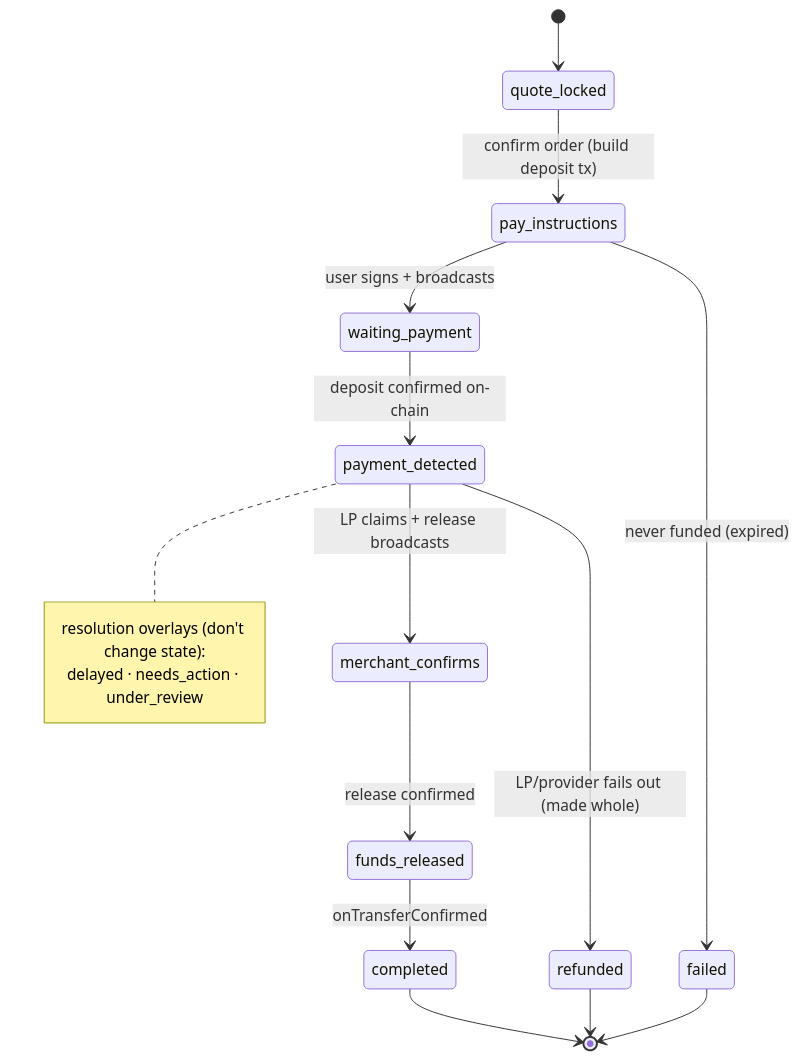
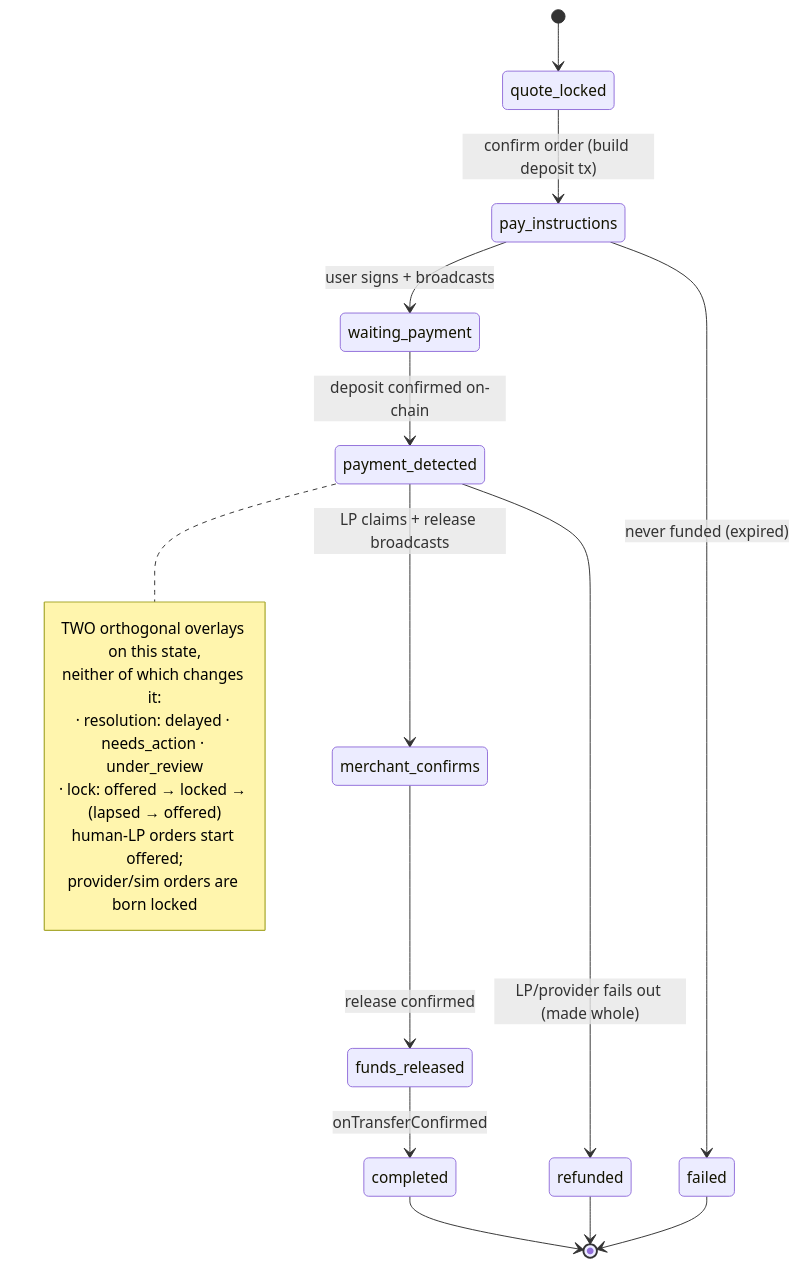
The second of 3 diagrams in monorepo/docs/06-offramp-and-settlement.md (unabrijed/frenspay), drawn with Mermaid before and after one commit. The commit also changed other lines of this file and 11 other files, not shown here.

````diff
--- a/monorepo/docs/06-offramp-and-settlement.md
+++ b/monorepo/docs/06-offramp-and-settlement.md
@@ -61,19 +73,23 @@
 ```mermaid
 stateDiagram-v2
     [*] --> quote_locked
     quote_locked --> pay_instructions: confirm order (build deposit tx)
     pay_instructions --> waiting_payment: user signs + broadcasts
     waiting_payment --> payment_detected: deposit confirmed on-chain
     payment_detected --> merchant_confirms: LP claims + release broadcasts
     merchant_confirms --> funds_released: release confirmed
     funds_released --> completed: onTransferConfirmed
     completed --> [*]
     payment_detected --> refunded: LP/provider fails out (made whole)
     refunded --> [*]
     pay_instructions --> failed: never funded (expired)
     failed --> [*]
     note right of payment_detected
-      resolution overlays (don't change state):
-      delayed · needs_action · under_review
+      TWO orthogonal overlays on this state,
+      neither of which changes it:
+      · resolution: delayed · needs_action · under_review
+      · lock: offered → locked → (lapsed → offered)
+        human-LP orders start offered;
+        provider/sim orders are born locked
     end note
 ```
````
